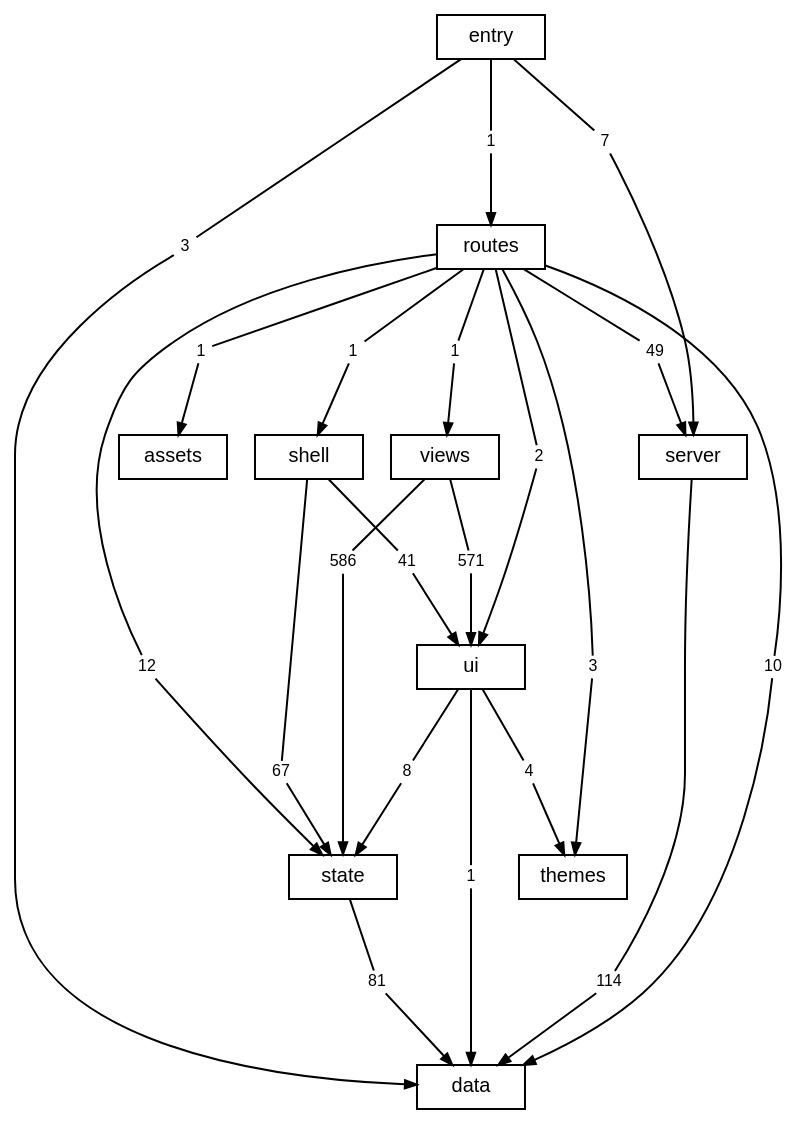
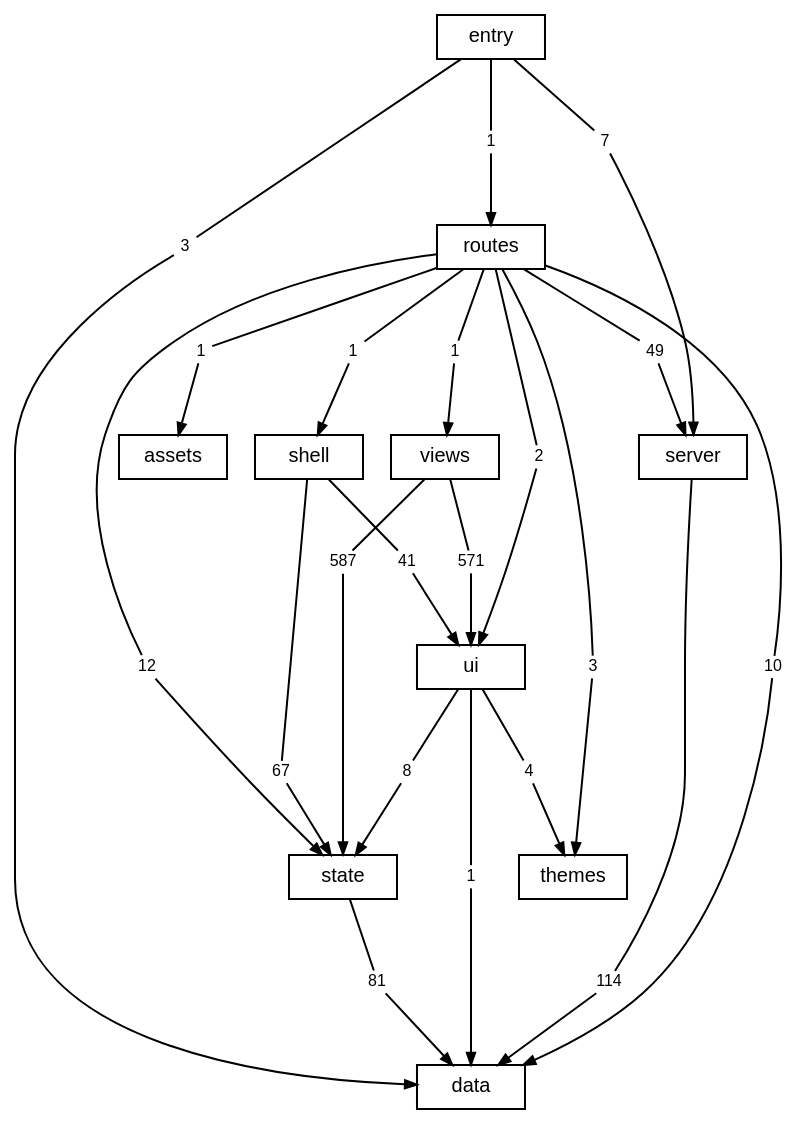
Before and after one commit to TheAxeC/oculus: the diagram in docs/diagrams/layers.dot, drawn with Graphviz. The commit also changed 22 other files, not shown here.

```diff
--- a/docs/diagrams/layers.dot
+++ b/docs/diagrams/layers.dot
@@ -1,75 +1,75 @@
 digraph layers {
     graph [bgcolor="transparent", rankdir=TB, newrank=true, fontname="Helvetica,Arial,sans-serif", fontsize=12, nodesep=0.2, ranksep=0.5];
     node [shape=box, color="black", fontcolor="black", fontname="Helvetica,Arial,sans-serif", fontsize=10, height=0.3, margin="0.12,0.04"];
     edge [color="black", fontcolor="black", fontname="Helvetica,Arial,sans-serif", fontsize=8, arrowsize=0.6];
     "data";
     "server";
     "state";
     "ui";
     "shell";
     "views";
     "themes";
     "routes";
     "src" [label="entry"];
     "files: assets" [label="assets"];
     "routes to data" [label="10", shape=box, color="transparent", fontsize=8, width=0, height=0, margin="0.04,0.02"];
     "routes" -> "routes to data" [arrowhead=none];
     "routes to data" -> "data" [];
     "routes to files: assets" [label="1", shape=box, color="transparent", fontsize=8, width=0, height=0, margin="0.04,0.02"];
     "routes" -> "routes to files: assets" [arrowhead=none];
     "routes to files: assets" -> "files: assets" [];
     "routes to server" [label="49", shape=box, color="transparent", fontsize=8, width=0, height=0, margin="0.04,0.02"];
     "routes" -> "routes to server" [arrowhead=none];
     "routes to server" -> "server" [];
     "routes to shell" [label="1", shape=box, color="transparent", fontsize=8, width=0, height=0, margin="0.04,0.02"];
     "routes" -> "routes to shell" [arrowhead=none];
     "routes to shell" -> "shell" [];
     "routes to state" [label="12", shape=box, color="transparent", fontsize=8, width=0, height=0, margin="0.04,0.02"];
     "routes" -> "routes to state" [arrowhead=none];
     "routes to state" -> "state" [];
     "routes to themes" [label="3", shape=box, color="transparent", fontsize=8, width=0, height=0, margin="0.04,0.02"];
     "routes" -> "routes to themes" [arrowhead=none];
     "routes to themes" -> "themes" [];
     "routes to ui" [label="2", shape=box, color="transparent", fontsize=8, width=0, height=0, margin="0.04,0.02"];
     "routes" -> "routes to ui" [arrowhead=none];
     "routes to ui" -> "ui" [];
     "routes to views" [label="1", shape=box, color="transparent", fontsize=8, width=0, height=0, margin="0.04,0.02"];
     "routes" -> "routes to views" [arrowhead=none];
     "routes to views" -> "views" [];
     "server to data" [label="114", shape=box, color="transparent", fontsize=8, width=0, height=0, margin="0.04,0.02"];
     "server" -> "server to data" [arrowhead=none];
     "server to data" -> "data" [];
     "shell to state" [label="67", shape=box, color="transparent", fontsize=8, width=0, height=0, margin="0.04,0.02"];
     "shell" -> "shell to state" [arrowhead=none];
     "shell to state" -> "state" [];
     "shell to ui" [label="41", shape=box, color="transparent", fontsize=8, width=0, height=0, margin="0.04,0.02"];
     "shell" -> "shell to ui" [arrowhead=none];
     "shell to ui" -> "ui" [];
     "src to data" [label="3", shape=box, color="transparent", fontsize=8, width=0, height=0, margin="0.04,0.02"];
     "src" -> "src to data" [arrowhead=none];
     "src to data" -> "data" [];
     "src to routes" [label="1", shape=box, color="transparent", fontsize=8, width=0, height=0, margin="0.04,0.02"];
     "src" -> "src to routes" [arrowhead=none];
     "src to routes" -> "routes" [];
     "src to server" [label="7", shape=box, color="transparent", fontsize=8, width=0, height=0, margin="0.04,0.02"];
     "src" -> "src to server" [arrowhead=none];
     "src to server" -> "server" [];
     "state to data" [label="81", shape=box, color="transparent", fontsize=8, width=0, height=0, margin="0.04,0.02"];
     "state" -> "state to data" [arrowhead=none];
     "state to data" -> "data" [];
     "ui to data" [label="1", shape=box, color="transparent", fontsize=8, width=0, height=0, margin="0.04,0.02"];
     "ui" -> "ui to data" [arrowhead=none];
     "ui to data" -> "data" [];
     "ui to state" [label="8", shape=box, color="transparent", fontsize=8, width=0, height=0, margin="0.04,0.02"];
     "ui" -> "ui to state" [arrowhead=none];
     "ui to state" -> "state" [];
     "ui to themes" [label="4", shape=box, color="transparent", fontsize=8, width=0, height=0, margin="0.04,0.02"];
     "ui" -> "ui to themes" [arrowhead=none];
     "ui to themes" -> "themes" [];
-    "views to state" [label="586", shape=box, color="transparent", fontsize=8, width=0, height=0, margin="0.04,0.02"];
+    "views to state" [label="587", shape=box, color="transparent", fontsize=8, width=0, height=0, margin="0.04,0.02"];
     "views" -> "views to state" [arrowhead=none];
     "views to state" -> "state" [];
     "views to ui" [label="571", shape=box, color="transparent", fontsize=8, width=0, height=0, margin="0.04,0.02"];
     "views" -> "views to ui" [arrowhead=none];
     "views to ui" -> "ui" [];
 }
```
